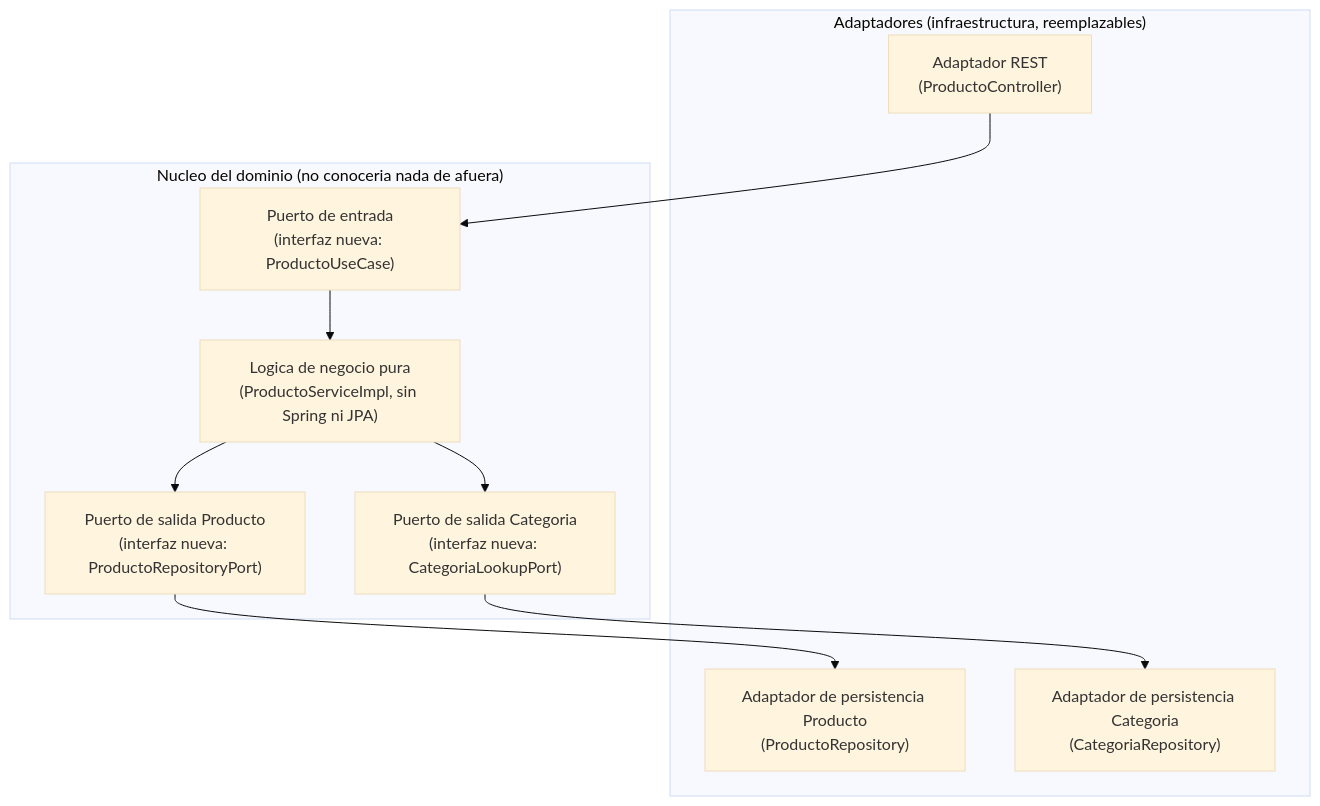
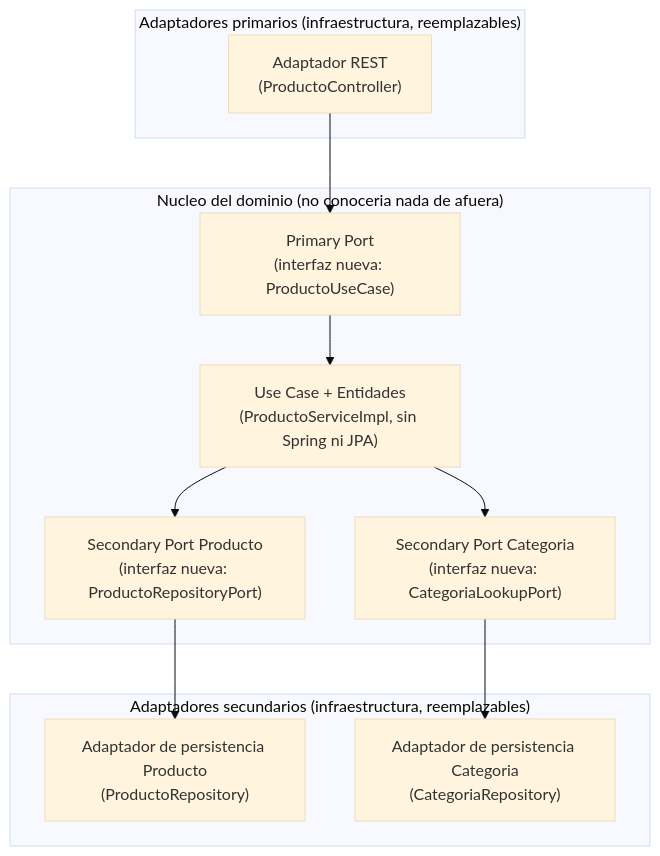
One commit to 262ciclo4/bomerp changed the seventh of 16 diagrams in docs/ads/sesiones/S04_Arquitecturas_Modernas.md. Above: the diagram before and after it, drawn with Mermaid (base theme). The commit also changed other lines of this file, not shown here.

````diff
--- a/docs/ads/sesiones/S04_Arquitecturas_Modernas.md
+++ b/docs/ads/sesiones/S04_Arquitecturas_Modernas.md
@@ -246,21 +270,23 @@
 ```mermaid
 flowchart TB
-    subgraph Adaptadores["Adaptadores (infraestructura, reemplazables)"]
+    subgraph Primarios["Adaptadores primarios (infraestructura, reemplazables)"]
         RestAdapter["Adaptador REST<br/>(ProductoController)"]
+    end
+    subgraph Dominio["Nucleo del dominio (no conoceria nada de afuera)"]
+        PrimaryPort["Primary Port<br/>(interfaz nueva: ProductoUseCase)"]
+        Logica["Use Case + Entidades<br/>(ProductoServiceImpl, sin Spring ni JPA)"]
+        SecPortProducto["Secondary Port Producto<br/>(interfaz nueva: ProductoRepositoryPort)"]
+        SecPortCategoria["Secondary Port Categoria<br/>(interfaz nueva: CategoriaLookupPort)"]
+        PrimaryPort --> Logica
+        Logica --> SecPortProducto
+        Logica --> SecPortCategoria
+    end
+    subgraph Secundarios["Adaptadores secundarios (infraestructura, reemplazables)"]
         DbAdapter["Adaptador de persistencia Producto<br/>(ProductoRepository)"]
         CatAdapter["Adaptador de persistencia Categoria<br/>(CategoriaRepository)"]
     end
-    subgraph Core["Nucleo del dominio (no conoceria nada de afuera)"]
-        Puerto1["Puerto de entrada<br/>(interfaz nueva: ProductoUseCase)"]
-        Logica["Logica de negocio pura<br/>(ProductoServiceImpl, sin Spring ni JPA)"]
-        Puerto2["Puerto de salida Producto<br/>(interfaz nueva: ProductoRepositoryPort)"]
-        Puerto3["Puerto de salida Categoria<br/>(interfaz nueva: CategoriaLookupPort)"]
-        Puerto1 --> Logica
-        Logica --> Puerto2
-        Logica --> Puerto3
-    end
 
-    RestAdapter --> Puerto1
-    Puerto2 --> DbAdapter
-    Puerto3 --> CatAdapter
+    RestAdapter --> PrimaryPort
+    SecPortProducto --> DbAdapter
+    SecPortCategoria --> CatAdapter
 ```
````
